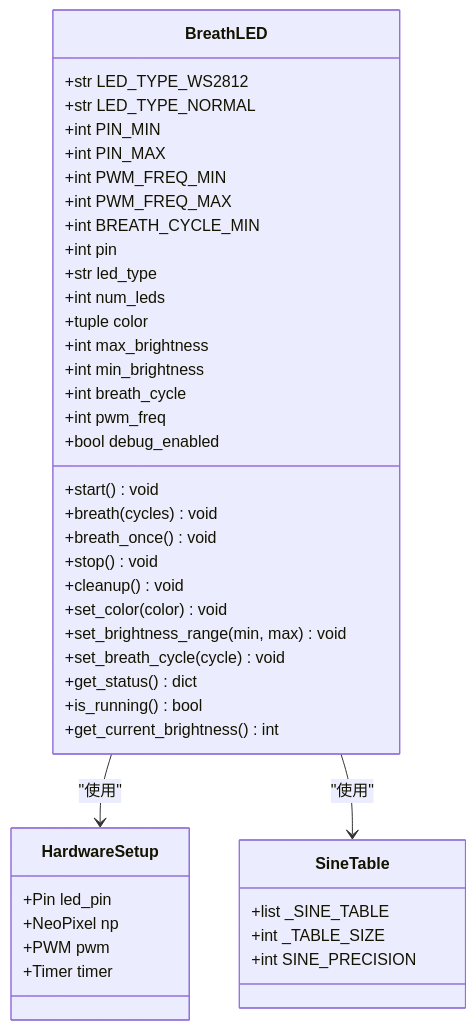
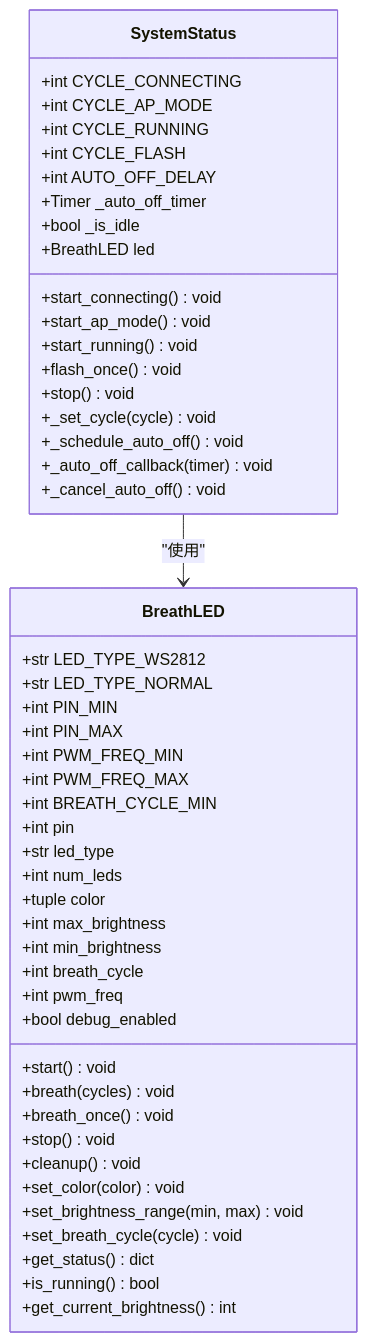
One commit to qq20739111/weilushishe-lishitai changed the sixth of 13 diagrams in .qoder/repowiki/zh/content/核心模块/核心模块.md. Above: the diagram before and after it, drawn with Mermaid. The commit also changed other lines of this file and 23 other files, not shown here.

````diff
--- a/.qoder/repowiki/zh/content/核心模块/核心模块.md
+++ b/.qoder/repowiki/zh/content/核心模块/核心模块.md
@@ -364,45 +461,52 @@
 ```mermaid
 classDiagram
+class SystemStatus {
++int CYCLE_CONNECTING
++int CYCLE_AP_MODE
++int CYCLE_RUNNING
++int CYCLE_FLASH
++int AUTO_OFF_DELAY
++Timer _auto_off_timer
++bool _is_idle
++BreathLED led
++start_connecting() void
++start_ap_mode() void
++start_running() void
++flash_once() void
++stop() void
++_set_cycle(cycle) void
++_schedule_auto_off() void
++_auto_off_callback(timer) void
++_cancel_auto_off() void
+}
 class BreathLED {
 +str LED_TYPE_WS2812
 +str LED_TYPE_NORMAL
 +int PIN_MIN
 +int PIN_MAX
 +int PWM_FREQ_MIN
 +int PWM_FREQ_MAX
 +int BREATH_CYCLE_MIN
 +int pin
 +str led_type
 +int num_leds
 +tuple color
 +int max_brightness
 +int min_brightness
 +int breath_cycle
 +int pwm_freq
 +bool debug_enabled
 +start() void
 +breath(cycles) void
 +breath_once() void
 +stop() void
 +cleanup() void
 +set_color(color) void
 +set_brightness_range(min, max) void
 +set_breath_cycle(cycle) void
 +get_status() dict
 +is_running() bool
 +get_current_brightness() int
 }
-class HardwareSetup {
-+Pin led_pin
-+NeoPixel np
-+PWM pwm
-+Timer timer
-}
-class SineTable {
-+list _SINE_TABLE
-+int _TABLE_SIZE
-+int SINE_PRECISION
-}
-BreathLED --> HardwareSetup : "使用"
-BreathLED --> SineTable : "使用"
+SystemStatus --> BreathLED : "使用"
 ```
````
